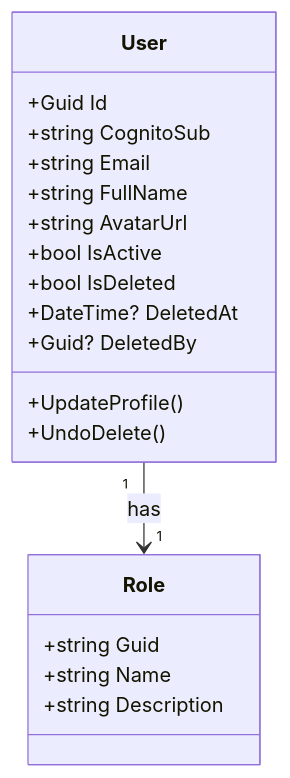
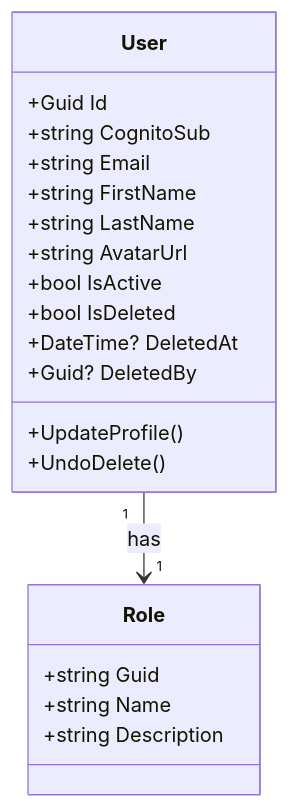
One commit to hatohui/FrogEdu changed the second of 3 diagrams in docs/microservices-details.md. Above: the diagram before and after it, drawn with Mermaid. The commit also changed other lines of this file, not shown here.

Commit message:
feat: update user and topic class diagrams with first and last name fields

````diff
--- a/docs/microservices-details.md
+++ b/docs/microservices-details.md
@@ -56,22 +56,25 @@
 ```mermaid
 classDiagram
     class User {
         +Guid Id
         +string CognitoSub
         +string Email
-        +string FullName
+        +string FirstName
+        +string LastName
         +string AvatarUrl
         +bool IsActive
         +UpdateProfile()
         +bool IsDeleted
         +DateTime? DeletedAt
         +Guid? DeletedBy
         +UndoDelete()
     }
+
     class Role {
         +string Guid
         +string Name
         +string Description
     }
+
     User "1" --> "1" Role : has
 ```
````
